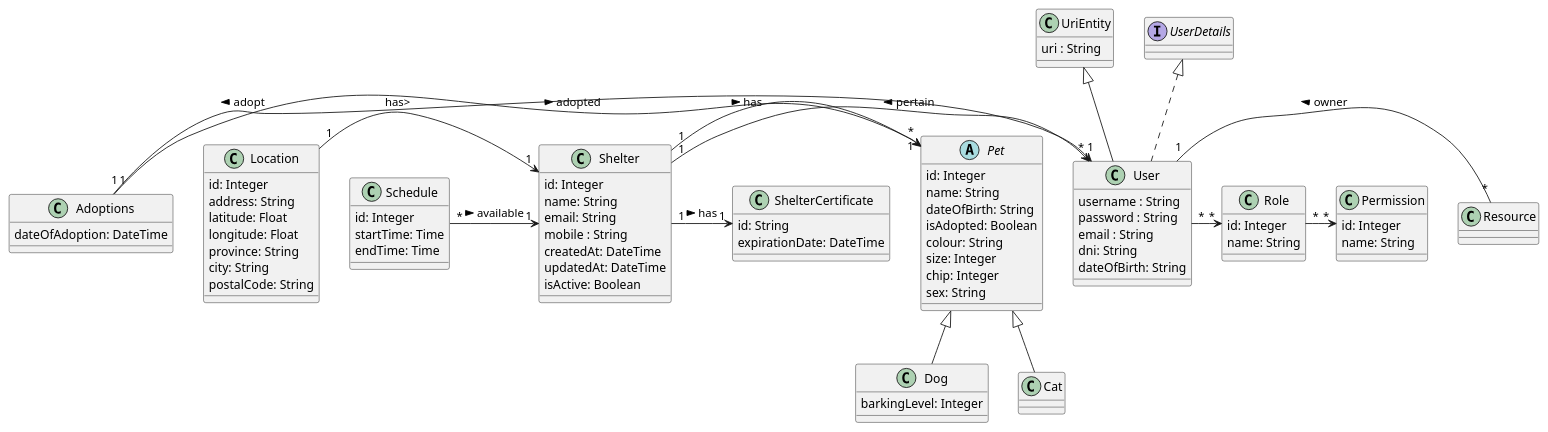
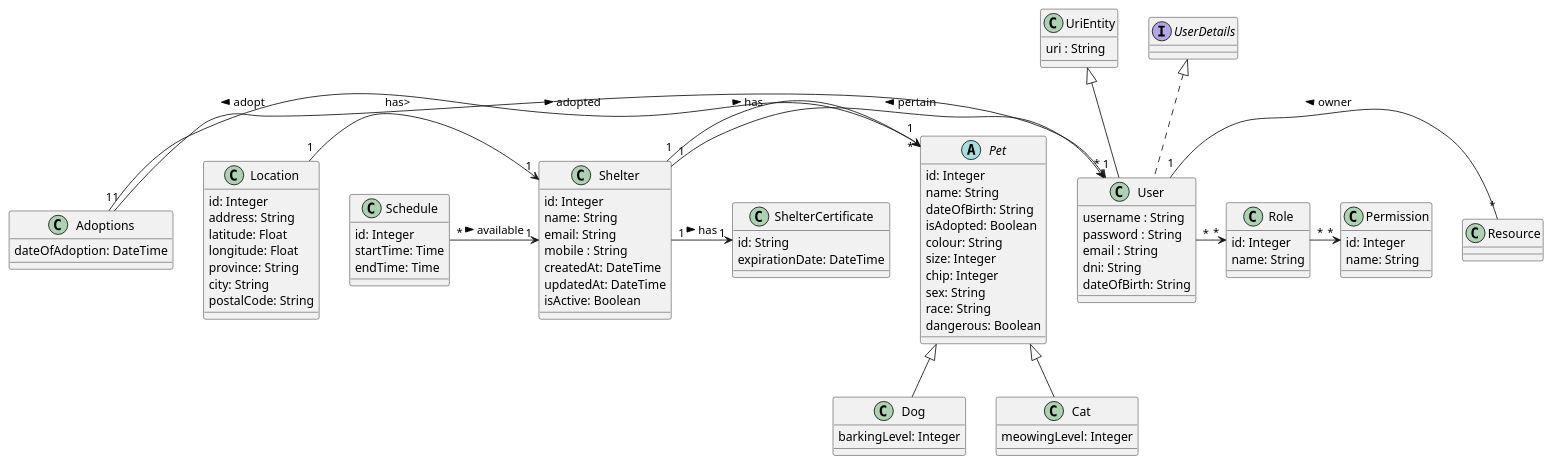
Before and after one commit to UdL-EPS-SoftArch/mypets-geiade-api: the diagram in EntitiesModel.puml, drawn with PlantUML.

Commit message:
Add fields to Pet, Cat and Dog

```diff
--- a/EntitiesModel.puml
+++ b/EntitiesModel.puml
@@ -1,91 +1,93 @@
 @startuml
 class User extends UriEntity implements UserDetails {
   username : String
   password : String
   email : String
   dni: String
   dateOfBirth: String
 }
 
 
 class UriEntity {
   uri : String
 }
 abstract class Pet{
   id: Integer
   name: String
   dateOfBirth: String
   isAdopted: Boolean
   colour: String
   size: Integer
   chip: Integer
   sex: String
+  race: String
+  dangerous: Boolean
 }
 class Dog extends Pet {
     barkingLevel: Integer
 }
 
 class Cat extends Pet {
-
+    meowingLevel: Integer
 }
 
 class Shelter {
   id: Integer
   name: String
   email: String
   mobile : String
   createdAt: DateTime
   updatedAt: DateTime
   isActive: Boolean
 }
 
 class Location {
  id: Integer
  address: String
  latitude: Float
  longitude: Float
  province: String
  city: String
  postalCode: String
 }
 
 class ShelterCertificate {
   id: String
   expirationDate: DateTime
 }
 
 class Schedule {
     id: Integer
     startTime: Time
     endTime: Time
 }
 
 class Adoptions {
     dateOfAdoption: DateTime
 }
 
 class Role {
     id: Integer
     name: String
 }
 
 class Permission {
     id: Integer
     name: String
 }
 
 
 User "1" --right-- "*" Resource : owner <
 Location "1" -> "1" Shelter : has>
 Shelter "1" -> "*" User : < pertain
 Shelter "1" -> "*" Pet : has >
 Shelter "1" -> "1" ShelterCertificate : has >
 Schedule "*" -> "1" Shelter :available >
 
 Adoptions "1" -> "1" Pet :adopted >
 Adoptions "1" -> "1" User :adopt <
 
 User "*" -> "*" Role
 Role "*" -> "*" Permission
 
 @enduml
```
